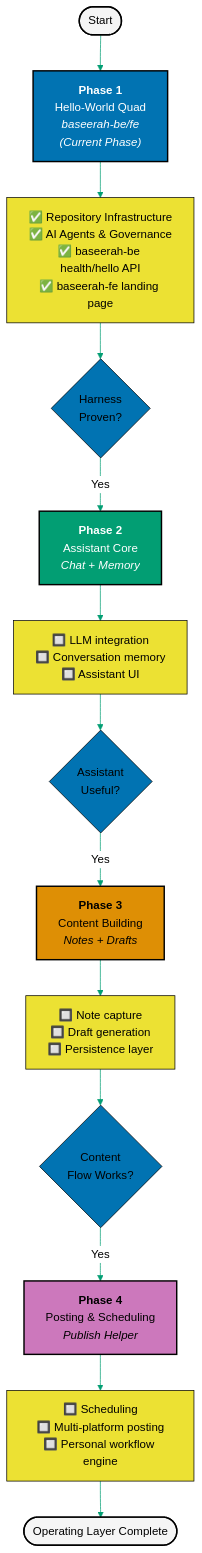
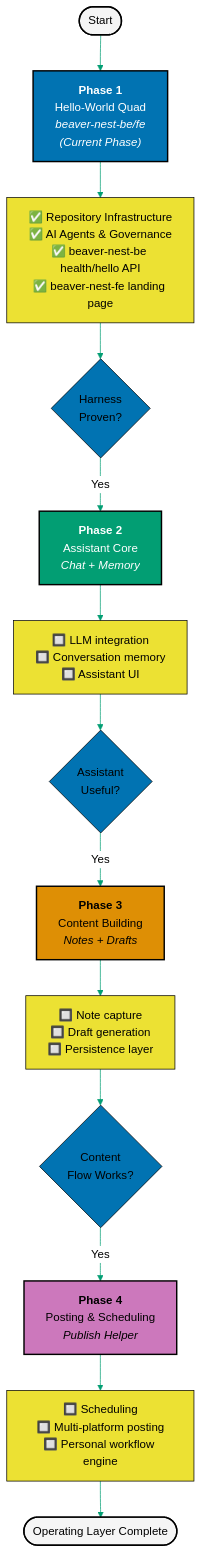
One commit to wahidyankf/baseerah changed the diagram in ROADMAP.md. Above: the diagram before and after it, drawn with Mermaid. The commit also changed other lines of this file and 12 other files, not shown here.

First line of the commit message:
chore(rebrand): rename root identity files and vision doc to BeaverNest

````diff
--- a/ROADMAP.md
+++ b/ROADMAP.md
@@ -6,35 +6,35 @@
 ```mermaid
 %%{init: {'theme':'base', 'themeVariables': { 'primaryColor':'#0173B2', 'primaryTextColor':'#000', 'primaryBorderColor':'#000', 'lineColor':'#029E73', 'secondaryColor':'#DE8F05', 'tertiaryColor':'#CC78BC', 'clusterBkg':'#f5f5f5', 'clusterBorder':'#000', 'edgeLabelBackground':'#fff'}}}%%
 graph TB
     Start([Start]) --> Phase1
 
-    Phase1["<b>Phase 1</b><br/>Hello-World Quad<br/><i>baseerah-be/fe</i><br/><i>(Current Phase)</i>"]
-    Phase1 --> P1Output["✅ Repository Infrastructure<br/>✅ AI Agents & Governance<br/>✅ baseerah-be health/hello API<br/>✅ baseerah-fe landing page"]
+    Phase1["<b>Phase 1</b><br/>Hello-World Quad<br/><i>beaver-nest-be/fe</i><br/><i>(Current Phase)</i>"]
+    Phase1 --> P1Output["✅ Repository Infrastructure<br/>✅ AI Agents & Governance<br/>✅ beaver-nest-be health/hello API<br/>✅ beaver-nest-fe landing page"]
     P1Output --> Decision1{Harness<br/>Proven?}
     Decision1 -- Yes --> Phase2
 
     Phase2["<b>Phase 2</b><br/>Assistant Core<br/><i>Chat + Memory</i>"]
     Phase2 --> P2Output["🔲 LLM integration<br/>🔲 Conversation memory<br/>🔲 Assistant UI"]
     P2Output --> Decision2{Assistant<br/>Useful?}
     Decision2 -- Yes --> Phase3
 
     Phase3["<b>Phase 3</b><br/>Content Building<br/><i>Notes + Drafts</i>"]
     Phase3 --> P3Output["🔲 Note capture<br/>🔲 Draft generation<br/>🔲 Persistence layer"]
     P3Output --> Decision3{Content<br/>Flow Works?}
     Decision3 -- Yes --> Phase4
 
     Phase4["<b>Phase 4</b><br/>Posting & Scheduling<br/><i>Publish Helper</i>"]
     Phase4 --> P4Output["🔲 Scheduling<br/>🔲 Multi-platform posting<br/>🔲 Personal workflow engine"]
 
     P4Output --> End([Operating Layer Complete])
 
     style Phase1 fill:#0173B2,stroke:#000,stroke-width:2px,color:#fff
     style Phase2 fill:#029E73,stroke:#000,stroke-width:2px,color:#fff
     style Phase3 fill:#DE8F05,stroke:#000,stroke-width:2px,color:#000
     style Phase4 fill:#CC78BC,stroke:#000,stroke-width:2px,color:#000
     style Start fill:#f5f5f5,stroke:#000,stroke-width:2px
     style End fill:#f5f5f5,stroke:#000,stroke-width:2px
 
     classDef outputStyle fill:#ECE133,stroke:#000,stroke-width:1px,color:#000
     class P1Output,P2Output,P3Output,P4Output outputStyle
 ```
````
